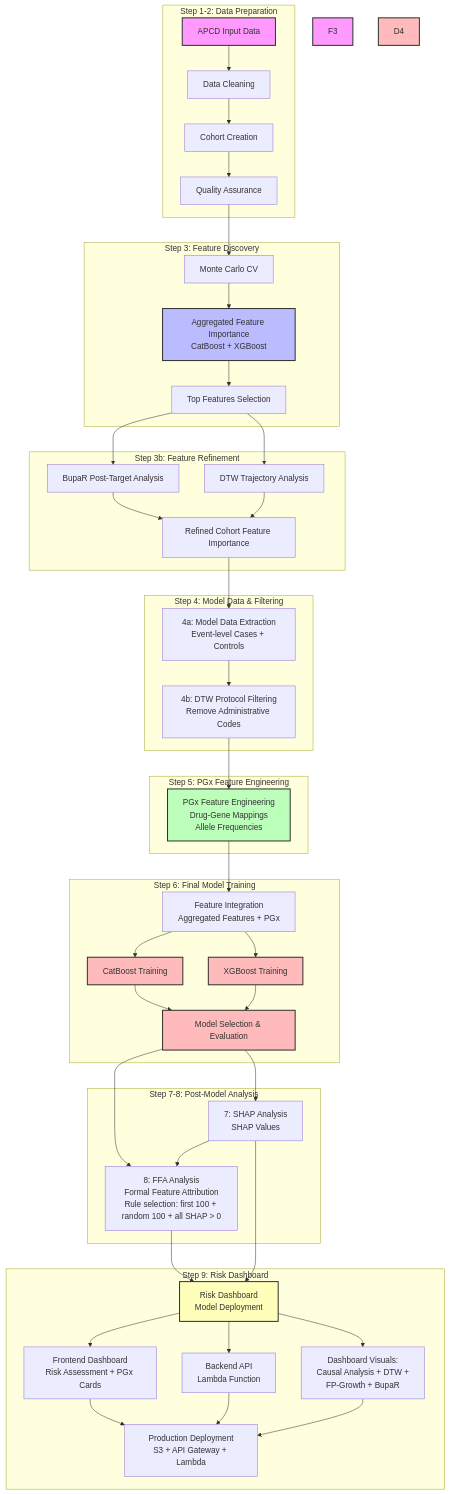
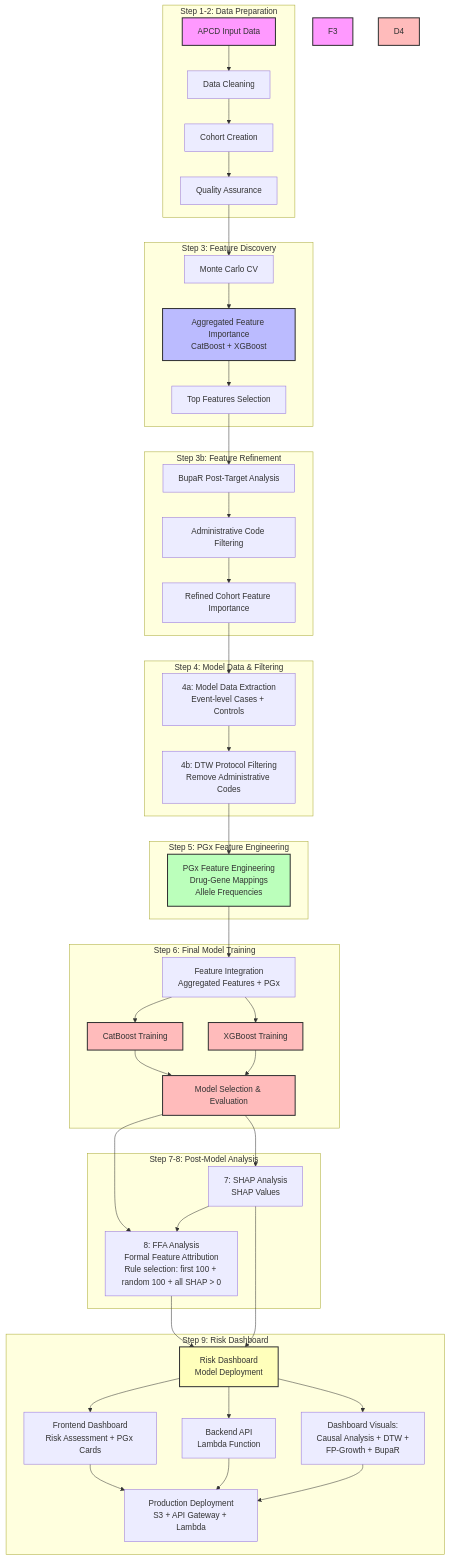
The second of 2 diagrams in docs/README_overview.md (Jerome3590/pgx-analysis), drawn with Mermaid before and after one commit. The commit also changed other lines of this file and 5 other files, not shown here.

````diff
--- a/docs/README_overview.md
+++ b/docs/README_overview.md
@@ -115,66 +115,65 @@
 ```mermaid
 flowchart TD
     subgraph "Step 1-2: Data Preparation"
         A1[APCD Input Data] --> A2[Data Cleaning]
         A2 --> A3[Cohort Creation]
         A3 --> A4[Quality Assurance]
     end
     
     subgraph "Step 3: Feature Discovery"
         A4 --> B1[Monte Carlo CV]
         B1 --> B2[Aggregated Feature Importance<br/>CatBoost + XGBoost]
         B2 --> B3[Top Features Selection]
     end
     
     subgraph "Step 3b: Feature Refinement"
         B3 --> B4[BupaR Post-Target Analysis]
-        B3 --> B5[DTW Trajectory Analysis]
-        B4 --> B6[Refined Cohort Feature Importance]
-        B5 --> B6
+        B4 --> B5[Administrative Code Filtering]
+        B5 --> B6[Refined Cohort Feature Importance]
     end
     
     subgraph "Step 4: Model Data & Filtering"
         B6 --> C1[4a: Model Data Extraction<br/>Event-level Cases + Controls]
         C1 --> C2[4b: DTW Protocol Filtering<br/>Remove Administrative Codes]
     end
     
     subgraph "Step 5: PGx Feature Engineering"
         C2 --> D1[PGx Feature Engineering<br/>Drug-Gene Mappings<br/>Allele Frequencies]
     end
     
     subgraph "Step 6: Final Model Training"
         D1 --> E1[Feature Integration<br/>Aggregated Features + PGx]
         E1 --> E2[CatBoost Training]
         E1 --> E3[XGBoost Training]
         E2 --> E4[Model Selection & Evaluation]
         E3 --> E4
     end
     
     subgraph "Step 7-8: Post-Model Analysis"
         E4 --> F1[7: SHAP Analysis<br/>SHAP Values]
         E4 --> F2[8: FFA Analysis<br/>Formal Feature Attribution<br/>Rule selection: first 100 + random 100 + all SHAP > 0]
         F1 --> F2
     end
     
     subgraph "Step 9: Risk Dashboard"
         F2 --> G1[Risk Dashboard<br/>Model Deployment]
         F1 --> G1
         G1 --> G2[Frontend Dashboard<br/>Risk Assessment + PGx Cards]
         G1 --> G3[Backend API<br/>Lambda Function]
         G1 --> G4[Dashboard Visuals:<br/>Causal Analysis + DTW +<br/>FP-Growth + BupaR]
         G2 --> G5[Production Deployment<br/>S3 + API Gateway + Lambda]
         G3 --> G5
         G4 --> G5
     end
     
     style A1 fill:#f9f,stroke:#333,stroke-width:2px
     style B2 fill:#bbf,stroke:#333,stroke-width:2px
     style D1 fill:#bfb,stroke:#333,stroke-width:2px
     style E4 fill:#fbb,stroke:#333,stroke-width:2px
     style F3 fill:#fbf,stroke:#333,stroke-width:2px
     style G1 fill:#ffb,stroke:#333,stroke-width:2px
     style D4 fill:#fbb,stroke:#333,stroke-width:2px
     style E2 fill:#fbb,stroke:#333,stroke-width:2px
     style E3 fill:#fbb,stroke:#333,stroke-width:2px
     style F3 fill:#f9f,stroke:#333,stroke-width:2px
 ```
````
